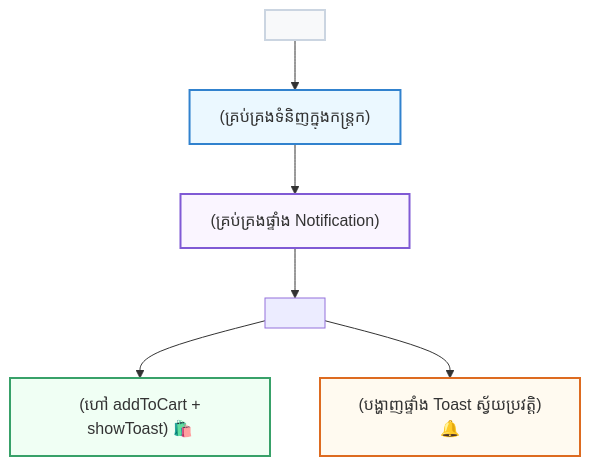
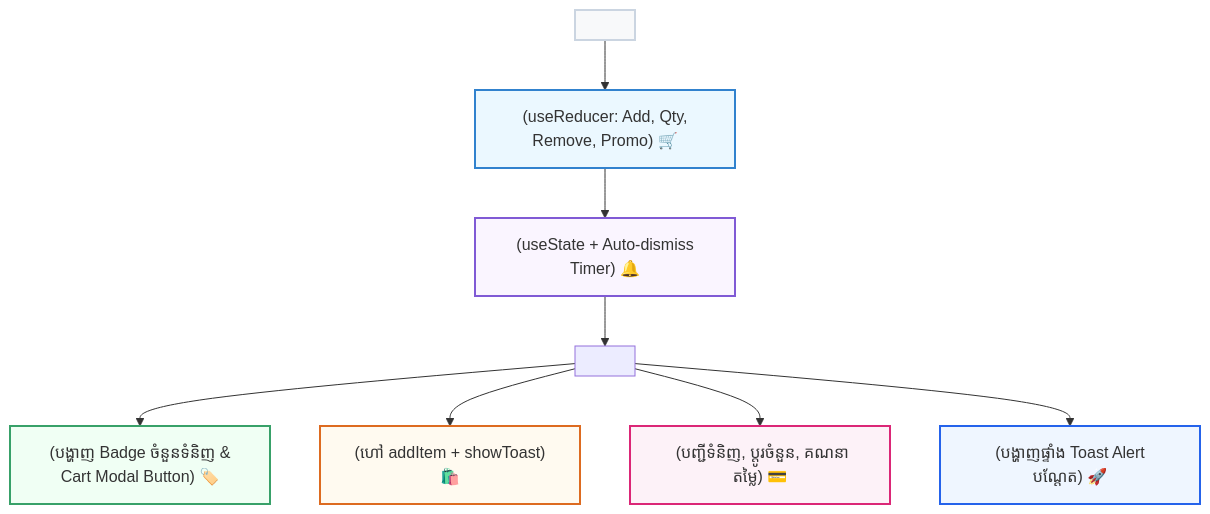
One commit to Ari-ICU/full-stack-short-coures changed the diagram in src/courses/react/module-7-global-state/05-mini-project.mdx. Above: the diagram before and after it, drawn with Mermaid. The commit also changed other lines of this file and 4 other files, not shown here.

````diff
--- a/src/courses/react/module-7-global-state/05-mini-project.mdx
+++ b/src/courses/react/module-7-global-state/05-mini-project.mdx
@@ -26,14 +38,18 @@
 ```mermaid
 graph TD
-    Root["<App>"] --> CP["<CartProvider> (គ្រប់គ្រងទំនិញក្នុងកន្ត្រក)"]
-    CP --> TP["<ToastProvider> (គ្រប់គ្រងផ្ទាំង Notification)"]
-    TP --> Layout["<ShopLayout>"]
-    Layout --> Grid["<ProductGrid> (ហៅ addToCart + showToast) 🛍️"]
-    Layout --> Toast["<ToastContainer> (បង្ហាញផ្ទាំង Toast ស្វ័យប្រវត្តិ) 🔔"]
+    Root["<App>"] --> CP["<CartProvider> (useReducer: Add, Qty, Remove, Promo) 🛒"]
+    CP --> TP["<ToastProvider> (useState + Auto-dismiss Timer) 🔔"]
+    TP --> Shell["<StoreLayout>"]
+    Shell --> Header["<StoreHeader> (បង្ហាញ Badge ចំនួនទំនិញ & Cart Modal Button) 🏷️"]
+    Shell --> Grid["<ProductGrid> (ហៅ addItem + showToast) 🛍️"]
+    Shell --> Drawer["<CartDrawer> (បញ្ជីទំនិញ, ប្តូរចំនួន, គណនាតម្លៃ) 💳"]
+    Shell --> Toast["<ToastContainer> (បង្ហាញផ្ទាំង Toast Alert បណ្តែត) 🚀"]
 
     style Root fill:#f8f9fa,stroke:#cbd5e1,stroke-width:2px
     style CP fill:#ebf8ff,stroke:#3182ce,stroke-width:2px
     style TP fill:#faf5ff,stroke:#805ad5,stroke-width:2px
-    style Grid fill:#f0fff4,stroke:#38a169,stroke-width:2px
-    style Toast fill:#fffaf0,stroke:#dd6b20,stroke-width:2px
+    style Header fill:#f0fff4,stroke:#38a169,stroke-width:2px
+    style Grid fill:#fffaf0,stroke:#dd6b20,stroke-width:2px
+    style Drawer fill:#fdf2f8,stroke:#db2777,stroke-width:2px
+    style Toast fill:#eff6ff,stroke:#2563eb,stroke-width:2px
 ```
````
